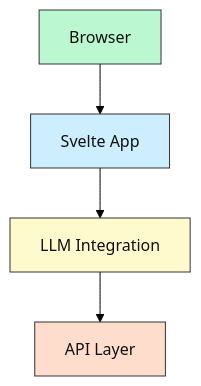
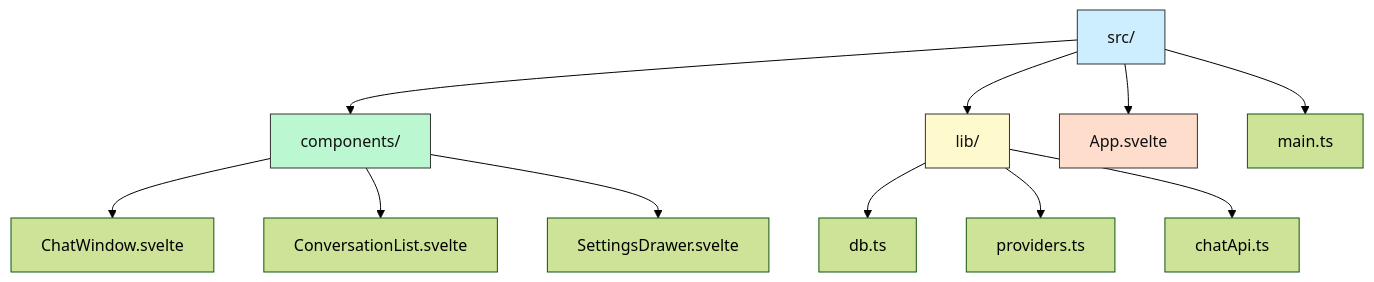
Before and after one commit to Mindrocket42/UI42: the second of 3 diagrams in README.md, drawn with Mermaid (forest theme). The commit also changed other lines of this file and 4 other files, not shown here.

````diff
--- a/README.md
+++ b/README.md
@@ -33,10 +77,18 @@
 ```mermaid
 flowchart TD
-    A[Browser] --> B[Svelte App]
-    B --> C[LLM Integration]
-    C --> D[API Layer]
-    style A fill:#bbf7d0,stroke:#333333,color:#111111
-    style B fill:#cceeff,stroke:#333333,color:#111111
-    style C fill:#fffacd,stroke:#333333,color:#111111
-    style D fill:#ffddcc,stroke:#333333,color:#111111
+    src["src/"] --> components["components/"]
+    src --> lib["lib/"]
+    src --> App["App.svelte"]
+    src --> main["main.ts"]
+    components --> ChatWindow["ChatWindow.svelte"]
+    components --> ConversationList["ConversationList.svelte"]
+    components --> SettingsDrawer["SettingsDrawer.svelte"]
+    lib --> db["db.ts"]
+    lib --> providers["providers.ts"]
+    lib --> chatApi["chatApi.ts"]
+    
+    style src fill:#cceeff,stroke:#333333,color:#111111
+    style components fill:#bbf7d0,stroke:#333333,color:#111111
+    style lib fill:#fffacd,stroke:#333333,color:#111111
+    style App fill:#ffddcc,stroke:#333333,color:#111111
 ```
````
